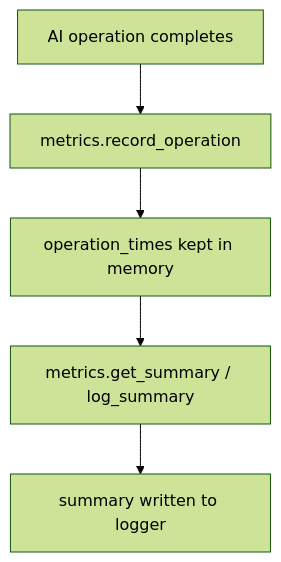
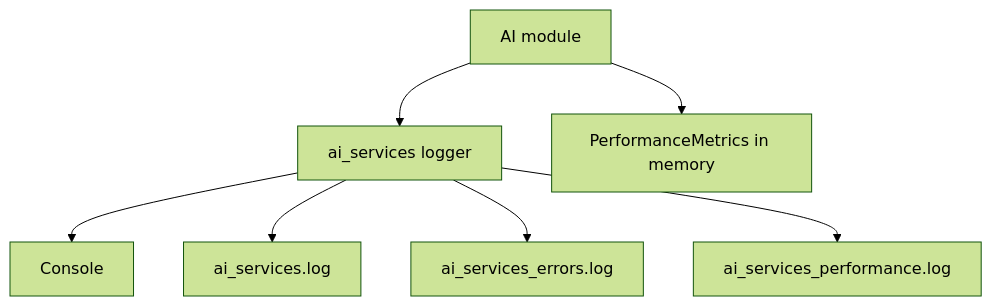
The sixth of 7 diagrams in docs/services/logging-system/flows.md (Plymouth-University/comp2003-2025-2026-team-3), drawn with Mermaid (forest theme) before and after one commit. The commit also changed other lines of this file and 5 other files, not shown here.

````diff
--- a/docs/services/logging-system/flows.md
+++ b/docs/services/logging-system/flows.md
@@ -106,7 +288,9 @@
 ```mermaid
 flowchart TD
-  Operation[AI operation completes] --> Record[metrics.record_operation]
-  Record --> Memory[operation_times kept in memory]
-  Memory --> Summary[metrics.get_summary / log_summary]
-  Summary --> Logger[summary written to logger]
+  AIModule[AI module] --> Logger[ai_services logger]
+  AIModule --> Metrics[PerformanceMetrics in memory]
+  Logger --> Console[Console]
+  Logger --> MainFile[ai_services.log]
+  Logger --> ErrorFile[ai_services_errors.log]
+  Logger --> PerfFile[ai_services_performance.log]
 ```
````
